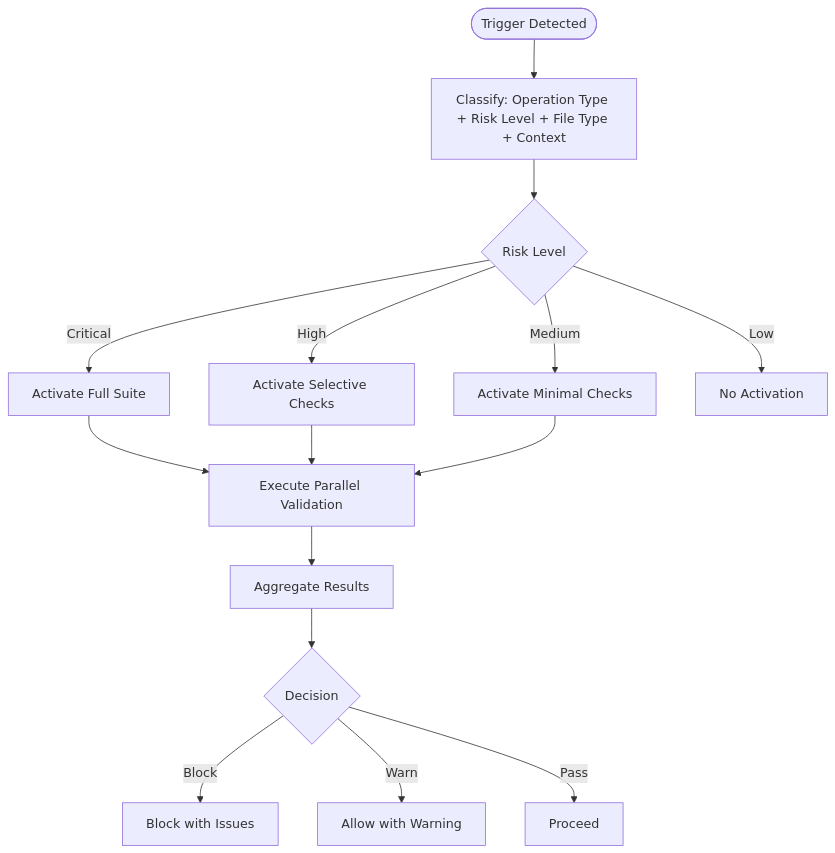
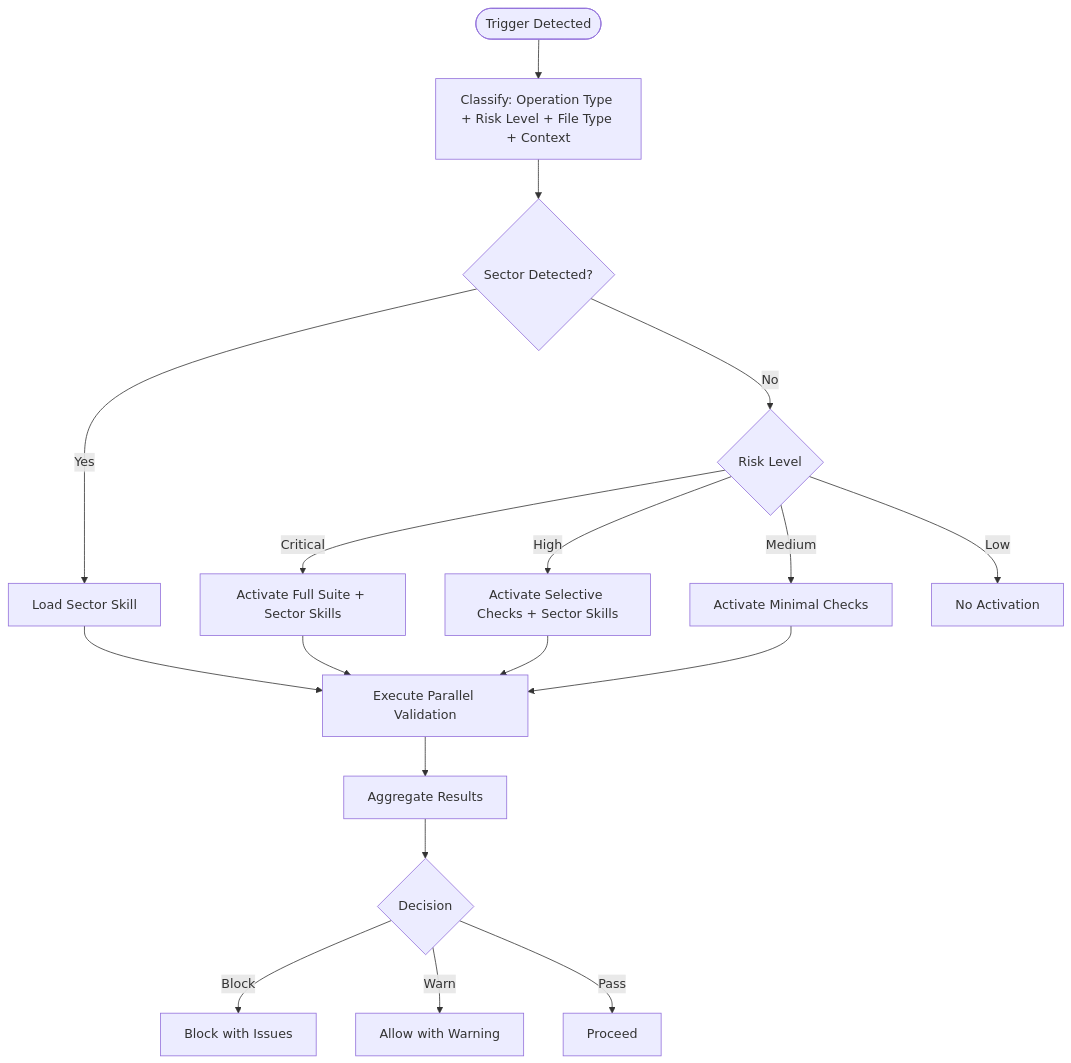
Before and after one commit to shynlee04/idumb-plugin: the seventh of 12 diagrams in .qoder/repowiki/en/content/Skill System/Skill Architecture Overview.md, drawn with Mermaid. The commit also changed other lines of this file and 19 other files, not shown here.

````diff
--- a/.qoder/repowiki/en/content/Skill System/Skill Architecture Overview.md
+++ b/.qoder/repowiki/en/content/Skill System/Skill Architecture Overview.md
@@ -202,17 +326,20 @@
 ```mermaid
 flowchart TD
 Start(["Trigger Detected"]) --> Classify["Classify: Operation Type + Risk Level + File Type + Context"]
-Classify --> Risk{"Risk Level"}
-Risk --> |Critical| Full["Activate Full Suite"]
-Risk --> |High| Selective["Activate Selective Checks"]
+Classify --> Sector{"Sector Detected?"}
+Sector --> |Yes| LoadSkill["Load Sector Skill"]
+Sector --> |No| Risk{"Risk Level"}
+Risk --> |Critical| Full["Activate Full Suite + Sector Skills"]
+Risk --> |High| Selective["Activate Selective Checks + Sector Skills"]
 Risk --> |Medium| Minimal["Activate Minimal Checks"]
 Risk --> |Low| None["No Activation"]
-Full --> Execute["Execute Parallel Validation"]
+LoadSkill --> Execute["Execute Parallel Validation"]
+Full --> Execute
 Selective --> Execute
 Minimal --> Execute
 Execute --> Aggregate["Aggregate Results"]
 Aggregate --> Decision{"Decision"}
 Decision --> |Block| Block["Block with Issues"]
 Decision --> |Warn| Warn["Allow with Warning"]
 Decision --> |Pass| Proceed["Proceed"]
 ```
````
